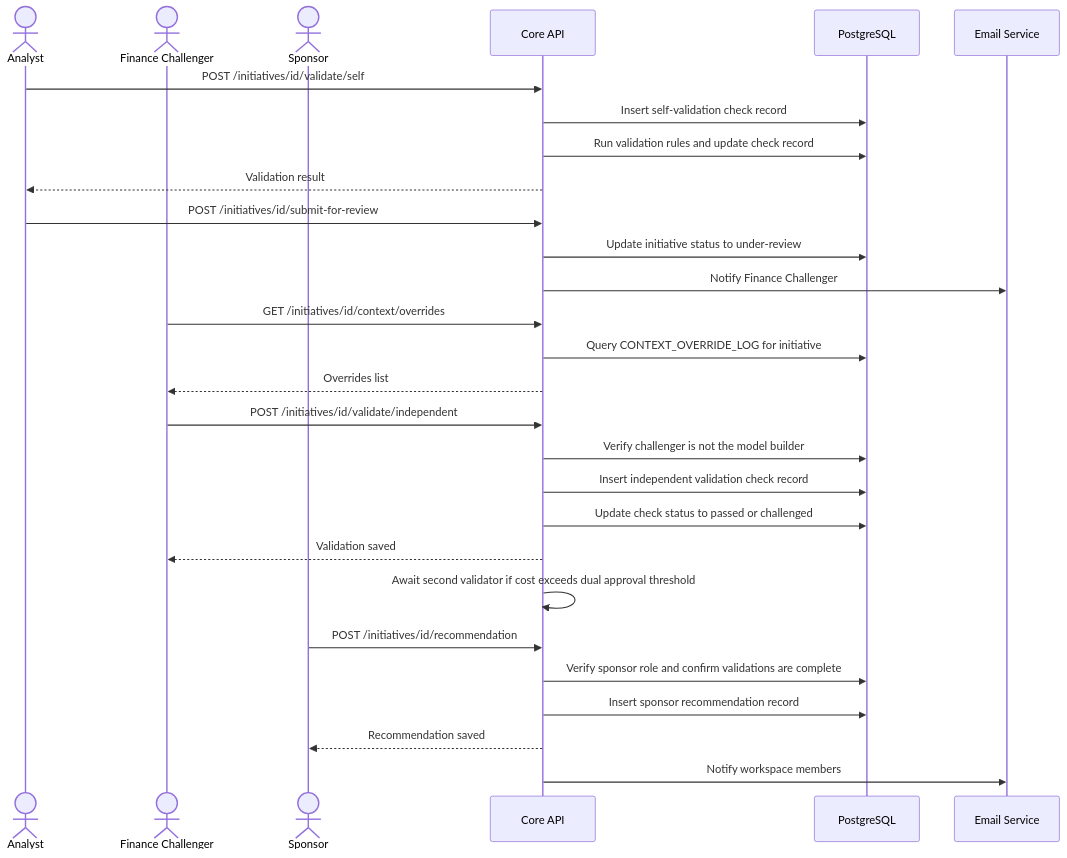
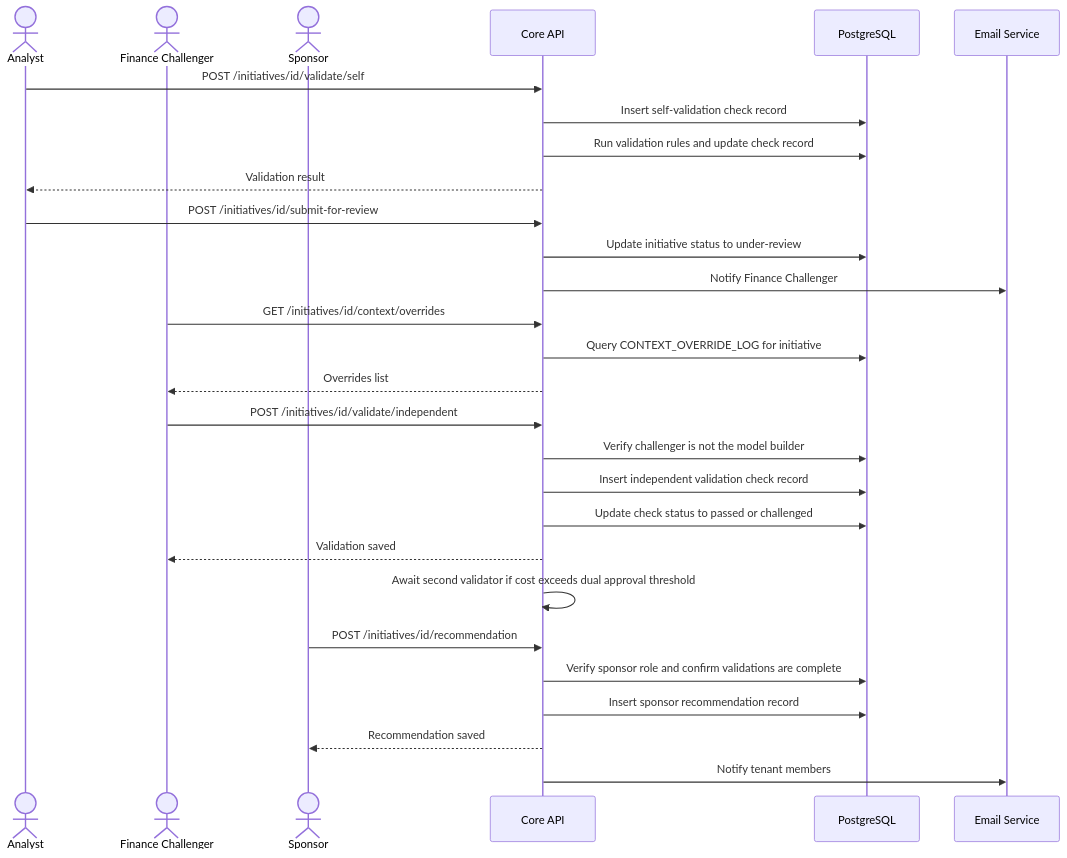
The fourth of 9 diagrams in book_summary/ESG_Architecture.md (Anubhav-Singh13/Monk_Intelligence), drawn with Mermaid before and after one commit. The commit also changed other lines of this file and 2 other files, not shown here.

Commit message:
workspace simplification

````diff
--- a/book_summary/ESG_Architecture.md
+++ b/book_summary/ESG_Architecture.md
@@ -241,36 +240,36 @@
 ```mermaid
 sequenceDiagram
     actor Analyst
     actor Challenger as Finance Challenger
     actor Sponsor
     participant API as Core API
     participant DB as PostgreSQL
     participant Email as Email Service
 
     Analyst->>API: POST /initiatives/id/validate/self
     API->>DB: Insert self-validation check record
     API->>DB: Run validation rules and update check record
     API-->>Analyst: Validation result
 
     Analyst->>API: POST /initiatives/id/submit-for-review
     API->>DB: Update initiative status to under-review
     API->>Email: Notify Finance Challenger
 
     Challenger->>API: GET /initiatives/id/context/overrides
     API->>DB: Query CONTEXT_OVERRIDE_LOG for initiative
     API-->>Challenger: Overrides list
 
     Challenger->>API: POST /initiatives/id/validate/independent
     API->>DB: Verify challenger is not the model builder
     API->>DB: Insert independent validation check record
     API->>DB: Update check status to passed or challenged
     API-->>Challenger: Validation saved
 
     API->>API: Await second validator if cost exceeds dual approval threshold
 
     Sponsor->>API: POST /initiatives/id/recommendation
     API->>DB: Verify sponsor role and confirm validations are complete
     API->>DB: Insert sponsor recommendation record
     API-->>Sponsor: Recommendation saved
-    API->>Email: Notify workspace members
+    API->>Email: Notify tenant members
 ```
````
